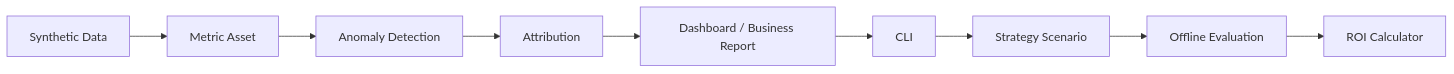
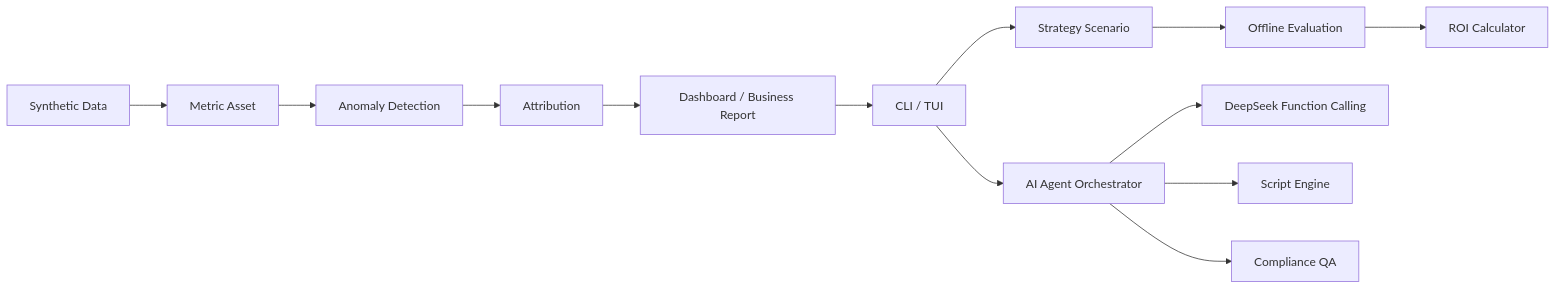
One commit to LeXiaoyao/riskops-copilot changed the diagram in README.md. Above: the diagram before and after it, drawn with Mermaid. The commit also changed other lines of this file, not shown here.

First line of the commit message:
docs(readme): v0.8.0 全量更新，反映已交付的 AI Agent / TUI / 话术 / QC 能力

````diff
--- a/README.md
+++ b/README.md
@@ -20,11 +21,15 @@
 ```mermaid
 flowchart LR
     A[Synthetic Data] --> B[Metric Asset]
     B --> C[Anomaly Detection]
     C --> D[Attribution]
     D --> E[Dashboard / Business Report]
-    E --> F[CLI]
+    E --> F[CLI / TUI]
     F --> G[Strategy Scenario]
     G --> H[Offline Evaluation]
     H --> I[ROI Calculator]
+    F --> J[AI Agent Orchestrator]
+    J --> K[DeepSeek Function Calling]
+    J --> L[Script Engine]
+    J --> M[Compliance QA]
 ```
````
